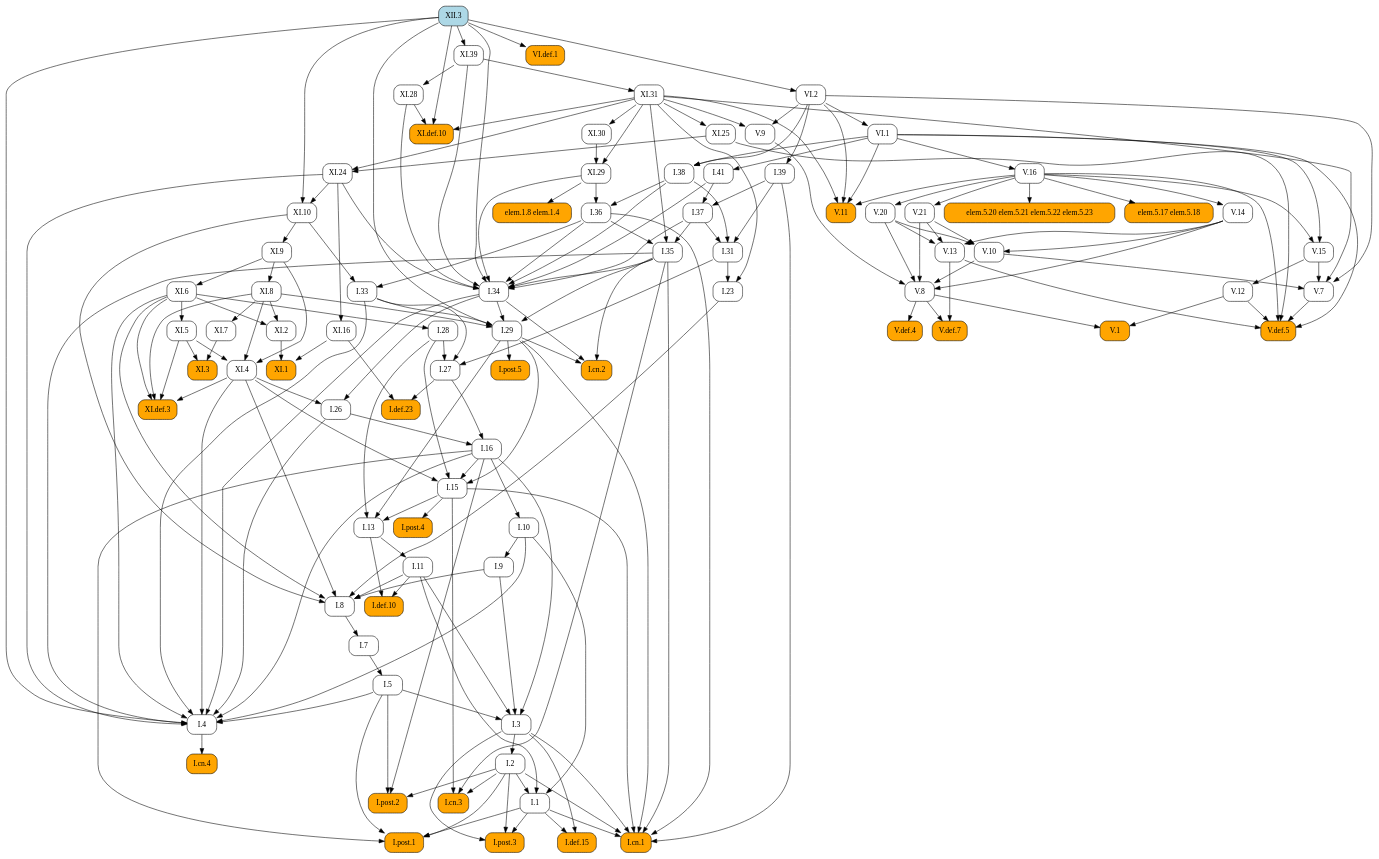
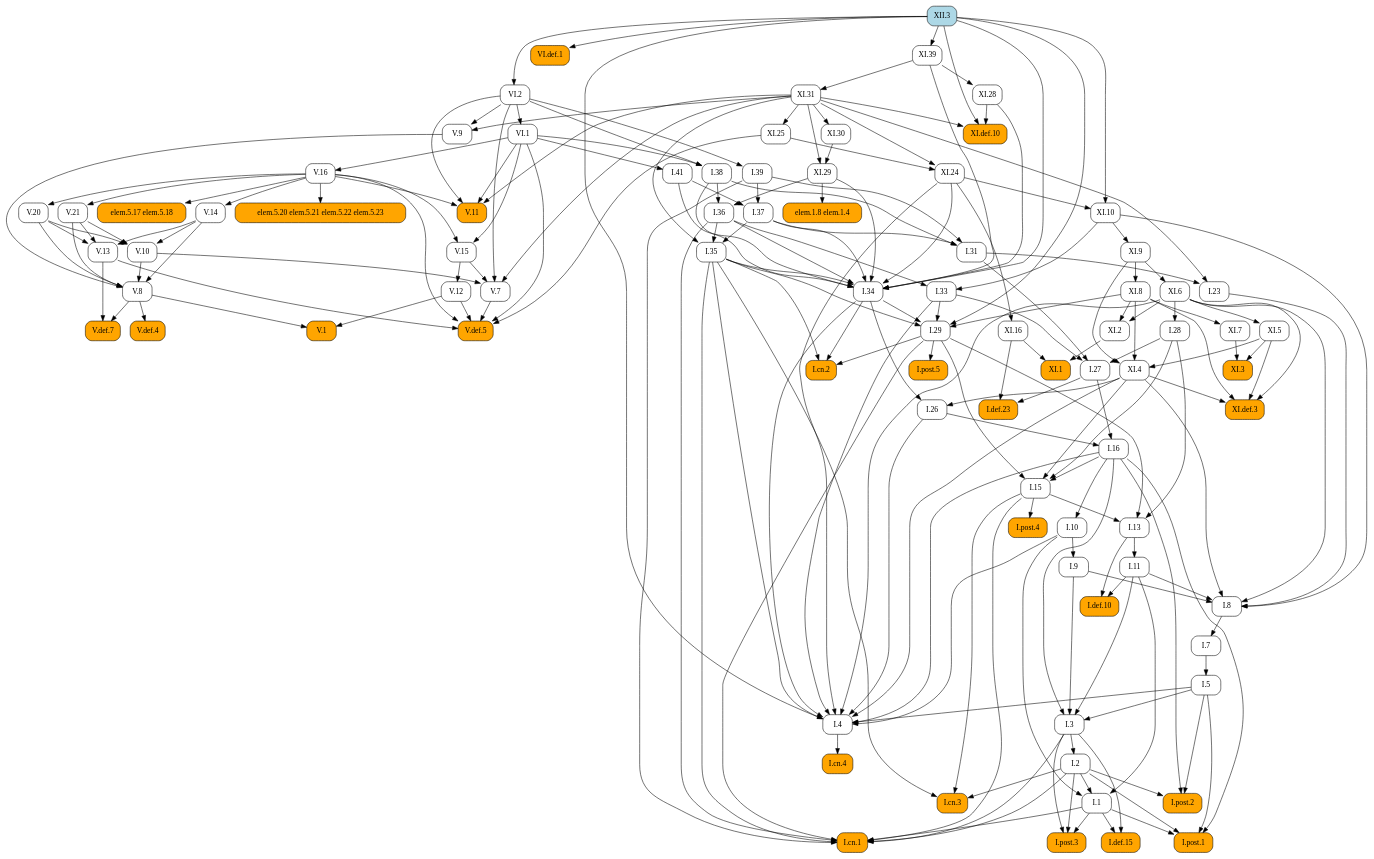
Before and after one commit to geometor/elements: the diagram in docsrc/heath/XII/3/index.rst, drawn with Graphviz. The commit also changed other lines of this file and 1029 other files, not shown here.

```diff
--- a/docsrc/heath/XII/3/index.rst
+++ b/docsrc/heath/XII/3/index.rst
@@ -84,103 +84,137 @@
    digraph {
      rankdir="TB";
      node [shape=box, style=rounded];
+     "I.def.10" [style="rounded,filled", fillcolor=orange, URL="/heath/I/def.10/", target="_top"];
+     "I.11" [URL="/heath/I/11/", target="_top"];
+     "I.post.4" [style="rounded,filled", fillcolor=orange, URL="/heath/I/post.4/", target="_top"];
+     "I.1" [URL="/heath/I/1/", target="_top"];
+     "I.28" [URL="/heath/I/28/", target="_top"];
+     "XI.7" [URL="/heath/XI/7/", target="_top"];
+     "V.def.5" [style="rounded,filled", fillcolor=orange, URL="/heath/V/def.5/", target="_top"];
+     "XI.9" [URL="/heath/XI/9/", target="_top"];
+     "XI.8" [URL="/heath/XI/8/", target="_top"];
+     "V.11" [style="rounded,filled", fillcolor=orange, URL="/heath/V/11/", target="_top"];
+     "V.13" [URL="/heath/V/13/", target="_top"];
+     "I.post.3" [style="rounded,filled", fillcolor=orange, URL="/heath/I/post.3/", target="_top"];
+     "VI.1" [URL="/heath/VI/1/", target="_top"];
+     "XI.1" [style="rounded,filled", fillcolor=orange, URL="/heath/XI/1/", target="_top"];
+     "I.cn.3" [style="rounded,filled", fillcolor=orange, URL="/heath/I/cn.3/", target="_top"];
+     "XI.25" [URL="/heath/XI/25/", target="_top"];
+     "XI.2" [URL="/heath/XI/2/", target="_top"];
+     "V.16" [URL="/heath/V/16/", target="_top"];
+     "XI.16" [URL="/heath/XI/16/", target="_top"];
+     "XI.31" [URL="/heath/XI/31/", target="_top"];
+     "I.36" [URL="/heath/I/36/", target="_top"];
+     "V.8" [URL="/heath/V/8/", target="_top"];
+     "I.41" [URL="/heath/I/41/", target="_top"];
+     "I.37" [URL="/heath/I/37/", target="_top"];
+     "I.34" [URL="/heath/I/34/", target="_top"];
+     "I.27" [URL="/heath/I/27/", target="_top"];
+     "I.2" [URL="/heath/I/2/", target="_top"];
+     "I.def.23" [style="rounded,filled", fillcolor=orange, URL="/heath/I/def.23/", target="_top"];
+     "elem.1.8 elem.1.4" [style="rounded,filled", fillcolor=orange];
+     "I.33" [URL="/heath/I/33/", target="_top"];
+     "XI.28" [URL="/heath/XI/28/", target="_top"];
+     "I.post.2" [style="rounded,filled", fillcolor=orange, URL="/heath/I/post.2/", target="_top"];
+     "VI.def.1" [style="rounded,filled", fillcolor=orange, URL="/heath/VI/def.1/", target="_top"];
+     "elem.5.20 elem.5.21 elem.5.22 elem.5.23" [style="rounded,filled", fillcolor=orange];
+     "I.9" [URL="/heath/I/9/", target="_top"];
+     "XII.3" [style="rounded,filled", fillcolor=lightblue, URL="/heath/XII/3/", target="_top"];
+     "V.def.4" [style="rounded,filled", fillcolor=orange, URL="/heath/V/def.4/", target="_top"];
+     "I.cn.4" [style="rounded,filled", fillcolor=orange, URL="/heath/I/cn.4/", target="_top"];
+     "I.15" [URL="/heath/I/15/", target="_top"];
+     "I.38" [URL="/heath/I/38/", target="_top"];
+     "V.def.7" [style="rounded,filled", fillcolor=orange, URL="/heath/V/def.7/", target="_top"];
+     "I.5" [URL="/heath/I/5/", target="_top"];
+     "V.21" [URL="/heath/V/21/", target="_top"];
+     "XI.def.3" [style="rounded,filled", fillcolor=orange, URL="/heath/XI/def.3/", target="_top"];
+     "I.39" [URL="/heath/I/39/", target="_top"];
+     "I.26" [URL="/heath/I/26/", target="_top"];
+     "V.14" [URL="/heath/V/14/", target="_top"];
+     "I.29" [URL="/heath/I/29/", target="_top"];
+     "V.12" [URL="/heath/V/12/", target="_top"];
+     "I.cn.2" [style="rounded,filled", fillcolor=orange, URL="/heath/I/cn.2/", target="_top"];
+     "V.20" [URL="/heath/V/20/", target="_top"];
+     "V.10" [URL="/heath/V/10/", target="_top"];
+     "VI.2" [URL="/heath/VI/2/", target="_top"];
+     "XI.30" [URL="/heath/XI/30/", target="_top"];
+     "I.def.15" [style="rounded,filled", fillcolor=orange, URL="/heath/I/def.15/", target="_top"];
+     "V.15" [URL="/heath/V/15/", target="_top"];
+     "XI.5" [URL="/heath/XI/5/", target="_top"];
+     "I.cn.1" [style="rounded,filled", fillcolor=orange, URL="/heath/I/cn.1/", target="_top"];
+     "V.7" [URL="/heath/V/7/", target="_top"];
+     "XI.29" [URL="/heath/XI/29/", target="_top"];
+     "V.9" [URL="/heath/V/9/", target="_top"];
+     "I.23" [URL="/heath/I/23/", target="_top"];
+     "I.post.1" [style="rounded,filled", fillcolor=orange, URL="/heath/I/post.1/", target="_top"];
+     "XI.6" [URL="/heath/XI/6/", target="_top"];
+     "I.35" [URL="/heath/I/35/", target="_top"];
+     "I.7" [URL="/heath/I/7/", target="_top"];
+     "I.3" [URL="/heath/I/3/", target="_top"];
+     "I.4" [URL="/heath/I/4/", target="_top"];
+     "I.13" [URL="/heath/I/13/", target="_top"];
+     "XI.def.10" [style="rounded,filled", fillcolor=orange, URL="/heath/XI/def.10/", target="_top"];
+     "I.31" [URL="/heath/I/31/", target="_top"];
      "V.1" [style="rounded,filled", fillcolor=orange, URL="/heath/V/1/", target="_top"];
+     "I.16" [URL="/heath/I/16/", target="_top"];
+     "elem.5.17 elem.5.18" [style="rounded,filled", fillcolor=orange];
+     "I.8" [URL="/heath/I/8/", target="_top"];
+     "XI.4" [URL="/heath/XI/4/", target="_top"];
+     "XI.24" [URL="/heath/XI/24/", target="_top"];
+     "I.post.5" [style="rounded,filled", fillcolor=orange, URL="/heath/I/post.5/", target="_top"];
+     "I.10" [URL="/heath/I/10/", target="_top"];
      "XI.39" [URL="/heath/XI/39/", target="_top"];
-     "I.29" [URL="/heath/I/29/", target="_top"];
-     "I.7" [URL="/heath/I/7/", target="_top"];
-     "I.27" [URL="/heath/I/27/", target="_top"];
-     "I.def.23" [style="rounded,filled", fillcolor=orange, URL="/heath/I/def.23/", target="_top"];
-     "V.20" [URL="/heath/V/20/", target="_top"];
-     "I.34" [URL="/heath/I/34/", target="_top"];
-     "I.8" [URL="/heath/I/8/", target="_top"];
-     "I.9" [URL="/heath/I/9/", target="_top"];
-     "XI.4" [URL="/heath/XI/4/", target="_top"];
-     "I.post.4" [style="rounded,filled", fillcolor=orange, URL="/heath/I/post.4/", target="_top"];
-     "I.2" [URL="/heath/I/2/", target="_top"];
-     "I.28" [URL="/heath/I/28/", target="_top"];
-     "XI.1" [style="rounded,filled", fillcolor=orange, URL="/heath/XI/1/", target="_top"];
-     "I.cn.4" [style="rounded,filled", fillcolor=orange, URL="/heath/I/cn.4/", target="_top"];
-     "XI.28" [URL="/heath/XI/28/", target="_top"];
-     "XI.31" [URL="/heath/XI/31/", target="_top"];
-     "VI.2" [URL="/heath/VI/2/", target="_top"];
-     "XI.25" [URL="/heath/XI/25/", target="_top"];
-     "elem.5.20 elem.5.21 elem.5.22 elem.5.23" [style="rounded,filled", fillcolor=orange];
-     "I.23" [URL="/heath/I/23/", target="_top"];
-     "I.13" [URL="/heath/I/13/", target="_top"];
-     "I.5" [URL="/heath/I/5/", target="_top"];
-     "I.11" [URL="/heath/I/11/", target="_top"];
-     "XI.def.10" [style="rounded,filled", fillcolor=orange, URL="/heath/XI/def.10/", target="_top"];
-     "XI.5" [URL="/heath/XI/5/", target="_top"];
-     "I.4" [URL="/heath/I/4/", target="_top"];
-     "I.def.10" [style="rounded,filled", fillcolor=orange, URL="/heath/I/def.10/", target="_top"];
-     "I.post.3" [style="rounded,filled", fillcolor=orange, URL="/heath/I/post.3/", target="_top"];
-     "V.9" [URL="/heath/V/9/", target="_top"];
-     "VI.def.1" [style="rounded,filled", fillcolor=orange, URL="/heath/VI/def.1/", target="_top"];
-     "XI.6" [URL="/heath/XI/6/", target="_top"];
-     "elem.5.17 elem.5.18" [style="rounded,filled", fillcolor=orange];
-     "XI.30" [URL="/heath/XI/30/", target="_top"];
-     "XI.7" [URL="/heath/XI/7/", target="_top"];
-     "I.36" [URL="/heath/I/36/", target="_top"];
-     "V.12" [URL="/heath/V/12/", target="_top"];
-     "I.15" [URL="/heath/I/15/", target="_top"];
-     "XII.3" [style="rounded,filled", fillcolor=lightblue, URL="/heath/XII/3/", target="_top"];
-     "XI.2" [URL="/heath/XI/2/", target="_top"];
-     "V.14" [URL="/heath/V/14/", target="_top"];
-     "XI.8" [URL="/heath/XI/8/", target="_top"];
-     "V.def.5" [style="rounded,filled", fillcolor=orange, URL="/heath/V/def.5/", target="_top"];
-     "I.41" [URL="/heath/I/41/", target="_top"];
-     "I.cn.3" [style="rounded,filled", fillcolor=orange, URL="/heath/I/cn.3/", target="_top"];
-     "I.38" [URL="/heath/I/38/", target="_top"];
-     "V.16" [URL="/heath/V/16/", target="_top"];
-     "V.15" [URL="/heath/V/15/", target="_top"];
-     "V.def.4" [style="rounded,filled", fillcolor=orange, URL="/heath/V/def.4/", target="_top"];
-     "V.21" [URL="/heath/V/21/", target="_top"];
-     "V.8" [URL="/heath/V/8/", target="_top"];
-     "V.7" [URL="/heath/V/7/", target="_top"];
-     "I.def.15" [style="rounded,filled", fillcolor=orange, URL="/heath/I/def.15/", target="_top"];
-     "I.1" [URL="/heath/I/1/", target="_top"];
-     "I.post.1" [style="rounded,filled", fillcolor=orange, URL="/heath/I/post.1/", target="_top"];
-     "V.13" [URL="/heath/V/13/", target="_top"];
      "XI.10" [URL="/heath/XI/10/", target="_top"];
-     "I.26" [URL="/heath/I/26/", target="_top"];
-     "I.33" [URL="/heath/I/33/", target="_top"];
-     "XI.9" [URL="/heath/XI/9/", target="_top"];
-     "I.39" [URL="/heath/I/39/", target="_top"];
-     "V.def.7" [style="rounded,filled", fillcolor=orange, URL="/heath/V/def.7/", target="_top"];
-     "I.cn.2" [style="rounded,filled", fillcolor=orange, URL="/heath/I/cn.2/", target="_top"];
-     "V.10" [URL="/heath/V/10/", target="_top"];
-     "I.10" [URL="/heath/I/10/", target="_top"];
-     "I.3" [URL="/heath/I/3/", target="_top"];
-     "I.16" [URL="/heath/I/16/", target="_top"];
-     "I.31" [URL="/heath/I/31/", target="_top"];
-     "V.11" [style="rounded,filled", fillcolor=orange, URL="/heath/V/11/", target="_top"];
-     "XI.def.3" [style="rounded,filled", fillcolor=orange, URL="/heath/XI/def.3/", target="_top"];
-     "XI.29" [URL="/heath/XI/29/", target="_top"];
-     "I.post.2" [style="rounded,filled", fillcolor=orange, URL="/heath/I/post.2/", target="_top"];
-     "I.post.5" [style="rounded,filled", fillcolor=orange, URL="/heath/I/post.5/", target="_top"];
      "XI.3" [style="rounded,filled", fillcolor=orange, URL="/heath/XI/3/", target="_top"];
-     "VI.1" [URL="/heath/VI/1/", target="_top"];
-     "I.35" [URL="/heath/I/35/", target="_top"];
-     "XI.24" [URL="/heath/XI/24/", target="_top"];
-     "I.cn.1" [style="rounded,filled", fillcolor=orange, URL="/heath/I/cn.1/", target="_top"];
-     "elem.1.8 elem.1.4" [style="rounded,filled", fillcolor=orange];
-     "I.37" [URL="/heath/I/37/", target="_top"];
-     "XI.16" [URL="/heath/XI/16/", target="_top"];
-     "V.8" -> "V.1";
-     "V.12" -> "V.1";
-     "XII.3" -> "XI.39";
-     "I.33" -> "I.29";
-     "I.34" -> "I.29";
-     "I.35" -> "I.29";
-     "XI.8" -> "I.29";
-     "XII.3" -> "I.29";
-     "I.8" -> "I.7";
-     "I.28" -> "I.27";
-     "I.31" -> "I.27";
-     "I.33" -> "I.27";
-     "I.27" -> "I.def.23";
-     "XI.16" -> "I.def.23";
-     "V.16" -> "V.20";
+     "I.11" -> "I.def.10";
+     "I.13" -> "I.def.10";
+     "I.13" -> "I.11";
+     "I.15" -> "I.post.4";
+     "I.2" -> "I.1";
+     "I.10" -> "I.1";
+     "I.11" -> "I.1";
+     "XI.6" -> "I.28";
+     "XI.8" -> "XI.7";
+     "V.7" -> "V.def.5";
+     "V.12" -> "V.def.5";
+     "V.13" -> "V.def.5";
+     "V.16" -> "V.def.5";
+     "VI.1" -> "V.def.5";
+     "XI.25" -> "V.def.5";
+     "XI.10" -> "XI.9";
+     "XI.9" -> "XI.8";
+     "V.16" -> "V.11";
+     "VI.1" -> "V.11";
+     "VI.2" -> "V.11";
+     "XI.31" -> "V.11";
+     "V.14" -> "V.13";
+     "V.20" -> "V.13";
+     "V.21" -> "V.13";
+     "I.1" -> "I.post.3";
+     "I.2" -> "I.post.3";
+     "I.3" -> "I.post.3";
+     "VI.2" -> "VI.1";
+     "XI.2" -> "XI.1";
+     "XI.16" -> "XI.1";
+     "I.2" -> "I.cn.3";
+     "I.15" -> "I.cn.3";
+     "I.35" -> "I.cn.3";
+     "XI.31" -> "XI.25";
+     "XI.6" -> "XI.2";
+     "XI.8" -> "XI.2";
+     "VI.1" -> "V.16";
+     "XI.24" -> "XI.16";
+     "XI.39" -> "XI.31";
+     "I.38" -> "I.36";
+     "XI.29" -> "I.36";
+     "V.9" -> "V.8";
+     "V.10" -> "V.8";
+     "V.14" -> "V.8";
+     "V.20" -> "V.8";
+     "V.21" -> "V.8";
+     "VI.1" -> "I.41";
+     "I.39" -> "I.37";
+     "I.41" -> "I.37";
      "I.35" -> "I.34";
      "I.36" -> "I.34";
      "I.37" -> "I.34";
@@ -191,38 +225,93 @@
      "XI.29" -> "I.34";
      "XI.39" -> "I.34";
      "XII.3" -> "I.34";
-     "I.9" -> "I.8";
-     "I.11" -> "I.8";
-     "I.23" -> "I.8";
-     "XI.4" -> "I.8";
-     "XI.6" -> "I.8";
-     "XI.10" -> "I.8";
+     "I.28" -> "I.27";
+     "I.31" -> "I.27";
+     "I.33" -> "I.27";
+     "I.3" -> "I.2";
+     "I.27" -> "I.def.23";
+     "XI.16" -> "I.def.23";
+     "XI.29" -> "elem.1.8 elem.1.4";
+     "I.36" -> "I.33";
+     "XI.10" -> "I.33";
+     "XI.39" -> "XI.28";
+     "I.2" -> "I.post.2";
+     "I.5" -> "I.post.2";
+     "I.16" -> "I.post.2";
+     "XII.3" -> "VI.def.1";
+     "V.16" -> "elem.5.20 elem.5.21 elem.5.22 elem.5.23";
      "I.10" -> "I.9";
-     "XI.5" -> "XI.4";
-     "XI.8" -> "XI.4";
-     "XI.9" -> "XI.4";
-     "I.15" -> "I.post.4";
-     "I.3" -> "I.2";
-     "XI.6" -> "I.28";
-     "XI.2" -> "XI.1";
-     "XI.16" -> "XI.1";
+     "V.8" -> "V.def.4";
      "I.4" -> "I.cn.4";
-     "XI.39" -> "XI.28";
-     "XI.39" -> "XI.31";
+     "I.16" -> "I.15";
+     "I.28" -> "I.15";
+     "I.29" -> "I.15";
+     "XI.4" -> "I.15";
+     "VI.1" -> "I.38";
+     "VI.2" -> "I.38";
+     "V.8" -> "V.def.7";
+     "V.13" -> "V.def.7";
+     "I.7" -> "I.5";
+     "V.16" -> "V.21";
+     "XI.4" -> "XI.def.3";
+     "XI.5" -> "XI.def.3";
+     "XI.6" -> "XI.def.3";
+     "XI.8" -> "XI.def.3";
+     "VI.2" -> "I.39";
+     "I.34" -> "I.26";
+     "XI.4" -> "I.26";
+     "V.16" -> "V.14";
+     "I.33" -> "I.29";
+     "I.34" -> "I.29";
+     "I.35" -> "I.29";
+     "XI.8" -> "I.29";
+     "XII.3" -> "I.29";
+     "V.15" -> "V.12";
+     "I.29" -> "I.cn.2";
+     "I.34" -> "I.cn.2";
+     "I.35" -> "I.cn.2";
+     "V.16" -> "V.20";
+     "V.14" -> "V.10";
+     "V.20" -> "V.10";
+     "V.21" -> "V.10";
      "XII.3" -> "VI.2";
-     "XI.31" -> "XI.25";
-     "V.16" -> "elem.5.20 elem.5.21 elem.5.22 elem.5.23";
+     "XI.31" -> "XI.30";
+     "I.1" -> "I.def.15";
+     "I.3" -> "I.def.15";
+     "V.16" -> "V.15";
+     "VI.1" -> "V.15";
+     "XI.6" -> "XI.5";
+     "I.1" -> "I.cn.1";
+     "I.2" -> "I.cn.1";
+     "I.3" -> "I.cn.1";
+     "I.15" -> "I.cn.1";
+     "I.29" -> "I.cn.1";
+     "I.35" -> "I.cn.1";
+     "I.36" -> "I.cn.1";
+     "I.39" -> "I.cn.1";
+     "V.10" -> "V.7";
+     "V.15" -> "V.7";
+     "VI.2" -> "V.7";
+     "XI.31" -> "V.7";
+     "XI.30" -> "XI.29";
+     "XI.31" -> "XI.29";
+     "VI.2" -> "V.9";
+     "XI.31" -> "V.9";
      "I.31" -> "I.23";
      "XI.31" -> "I.23";
-     "I.15" -> "I.13";
-     "I.28" -> "I.13";
-     "I.29" -> "I.13";
-     "I.7" -> "I.5";
-     "I.13" -> "I.11";
-     "XI.28" -> "XI.def.10";
-     "XI.31" -> "XI.def.10";
-     "XII.3" -> "XI.def.10";
-     "XI.6" -> "XI.5";
+     "I.1" -> "I.post.1";
+     "I.2" -> "I.post.1";
+     "I.5" -> "I.post.1";
+     "I.16" -> "I.post.1";
+     "XI.9" -> "XI.6";
+     "I.36" -> "I.35";
+     "I.37" -> "I.35";
+     "XI.31" -> "I.35";
+     "I.8" -> "I.7";
+     "I.5" -> "I.3";
+     "I.9" -> "I.3";
+     "I.11" -> "I.3";
+     "I.16" -> "I.3";
      "I.5" -> "I.4";
      "I.10" -> "I.4";
      "I.16" -> "I.4";
@@ -234,125 +323,36 @@
      "XI.6" -> "I.4";
      "XI.24" -> "I.4";
      "XII.3" -> "I.4";
-     "I.11" -> "I.def.10";
-     "I.13" -> "I.def.10";
-     "I.1" -> "I.post.3";
-     "I.2" -> "I.post.3";
-     "I.3" -> "I.post.3";
-     "VI.2" -> "V.9";
-     "XI.31" -> "V.9";
-     "XII.3" -> "VI.def.1";
-     "XI.9" -> "XI.6";
-     "V.16" -> "elem.5.17 elem.5.18";
-     "XI.31" -> "XI.30";
-     "XI.8" -> "XI.7";
-     "I.38" -> "I.36";
-     "XI.29" -> "I.36";
-     "V.15" -> "V.12";
-     "I.16" -> "I.15";
-     "I.28" -> "I.15";
-     "I.29" -> "I.15";
-     "XI.4" -> "I.15";
-     "XI.6" -> "XI.2";
-     "XI.8" -> "XI.2";
-     "V.16" -> "V.14";
-     "XI.9" -> "XI.8";
-     "V.7" -> "V.def.5";
-     "V.12" -> "V.def.5";
-     "V.13" -> "V.def.5";
-     "V.16" -> "V.def.5";
-     "VI.1" -> "V.def.5";
-     "XI.25" -> "V.def.5";
-     "VI.1" -> "I.41";
-     "I.2" -> "I.cn.3";
-     "I.15" -> "I.cn.3";
-     "I.35" -> "I.cn.3";
-     "VI.1" -> "I.38";
-     "VI.2" -> "I.38";
-     "VI.1" -> "V.16";
-     "V.16" -> "V.15";
-     "VI.1" -> "V.15";
-     "V.8" -> "V.def.4";
-     "V.16" -> "V.21";
-     "V.9" -> "V.8";
-     "V.10" -> "V.8";
-     "V.14" -> "V.8";
-     "V.20" -> "V.8";
-     "V.21" -> "V.8";
-     "V.10" -> "V.7";
-     "V.15" -> "V.7";
-     "VI.2" -> "V.7";
-     "XI.31" -> "V.7";
-     "I.1" -> "I.def.15";
-     "I.3" -> "I.def.15";
-     "I.2" -> "I.1";
-     "I.10" -> "I.1";
-     "I.11" -> "I.1";
-     "I.1" -> "I.post.1";
-     "I.2" -> "I.post.1";
-     "I.5" -> "I.post.1";
-     "I.16" -> "I.post.1";
-     "V.14" -> "V.13";
-     "V.20" -> "V.13";
-     "V.21" -> "V.13";
-     "XI.24" -> "XI.10";
-     "XII.3" -> "XI.10";
-     "I.34" -> "I.26";
-     "XI.4" -> "I.26";
-     "I.36" -> "I.33";
-     "XI.10" -> "I.33";
-     "XI.10" -> "XI.9";
-     "VI.2" -> "I.39";
-     "V.8" -> "V.def.7";
-     "V.13" -> "V.def.7";
-     "I.29" -> "I.cn.2";
-     "I.34" -> "I.cn.2";
-     "I.35" -> "I.cn.2";
-     "V.14" -> "V.10";
-     "V.20" -> "V.10";
-     "V.21" -> "V.10";
-     "I.16" -> "I.10";
-     "I.5" -> "I.3";
-     "I.9" -> "I.3";
-     "I.11" -> "I.3";
-     "I.16" -> "I.3";
-     "I.26" -> "I.16";
-     "I.27" -> "I.16";
+     "I.15" -> "I.13";
+     "I.28" -> "I.13";
+     "I.29" -> "I.13";
+     "XI.28" -> "XI.def.10";
+     "XI.31" -> "XI.def.10";
+     "XII.3" -> "XI.def.10";
      "I.37" -> "I.31";
      "I.38" -> "I.31";
      "I.39" -> "I.31";
-     "V.16" -> "V.11";
-     "VI.1" -> "V.11";
-     "VI.2" -> "V.11";
-     "XI.31" -> "V.11";
-     "XI.4" -> "XI.def.3";
-     "XI.5" -> "XI.def.3";
-     "XI.6" -> "XI.def.3";
-     "XI.8" -> "XI.def.3";
-     "XI.30" -> "XI.29";
-     "XI.31" -> "XI.29";
-     "I.2" -> "I.post.2";
-     "I.5" -> "I.post.2";
-     "I.16" -> "I.post.2";
+     "V.8" -> "V.1";
+     "V.12" -> "V.1";
+     "I.26" -> "I.16";
+     "I.27" -> "I.16";
+     "V.16" -> "elem.5.17 elem.5.18";
+     "I.9" -> "I.8";
+     "I.11" -> "I.8";
+     "I.23" -> "I.8";
+     "XI.4" -> "I.8";
+     "XI.6" -> "I.8";
+     "XI.10" -> "I.8";
+     "XI.5" -> "XI.4";
+     "XI.8" -> "XI.4";
+     "XI.9" -> "XI.4";
+     "XI.25" -> "XI.24";
+     "XI.31" -> "XI.24";
      "I.29" -> "I.post.5";
+     "I.16" -> "I.10";
+     "XII.3" -> "XI.39";
+     "XI.24" -> "XI.10";
+     "XII.3" -> "XI.10";
      "XI.5" -> "XI.3";
      "XI.7" -> "XI.3";
-     "VI.2" -> "VI.1";
-     "I.36" -> "I.35";
-     "I.37" -> "I.35";
-     "XI.31" -> "I.35";
-     "XI.25" -> "XI.24";
-     "XI.31" -> "XI.24";
-     "I.1" -> "I.cn.1";
-     "I.2" -> "I.cn.1";
-     "I.3" -> "I.cn.1";
-     "I.15" -> "I.cn.1";
-     "I.29" -> "I.cn.1";
-     "I.35" -> "I.cn.1";
-     "I.36" -> "I.cn.1";
-     "I.39" -> "I.cn.1";
-     "XI.29" -> "elem.1.8 elem.1.4";
-     "I.39" -> "I.37";
-     "I.41" -> "I.37";
-     "XI.24" -> "XI.16";
    }
```
